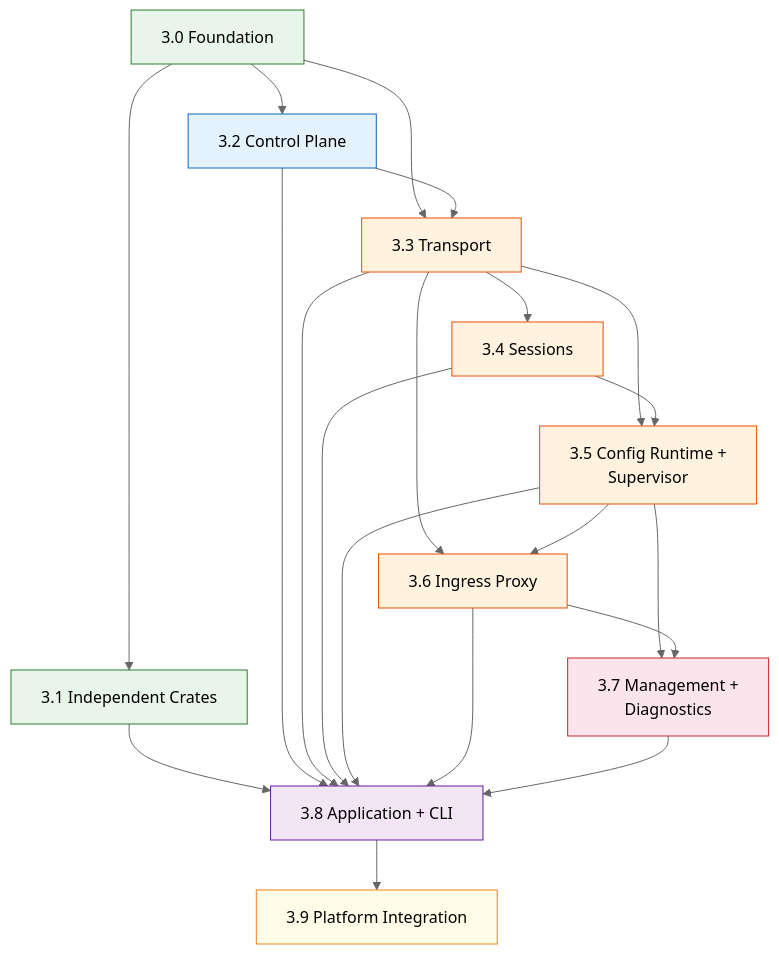
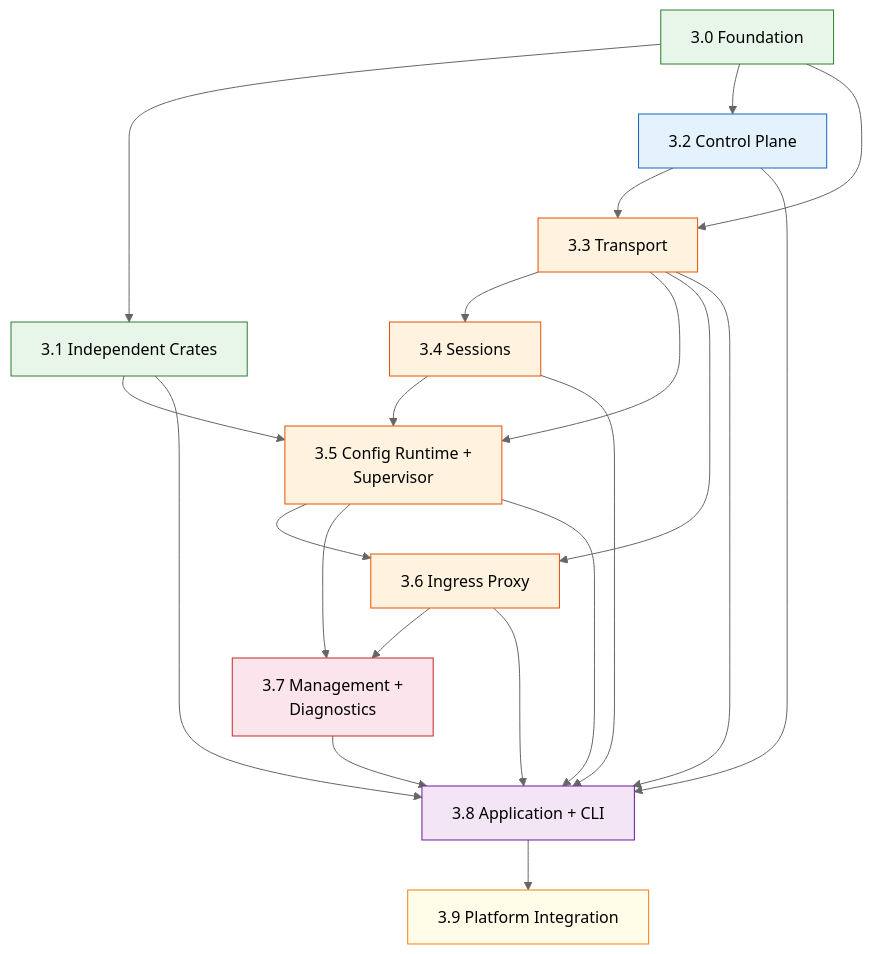
The diagram in docs/01-rr/s2/stages/README.md (Ujang360/cfdrs), drawn with Mermaid (neutral theme) before and after one commit. The commit also changed other lines of this file and 3 other files, not shown here.

````diff
--- a/docs/01-rr/s2/stages/README.md
+++ b/docs/01-rr/s2/stages/README.md
@@ -22,47 +22,48 @@
 ```mermaid
 graph TD
     S30["3.0 Foundation"]
     S31["3.1 Independent Crates"]
     S32["3.2 Control Plane"]
     S33["3.3 Transport"]
     S34["3.4 Sessions"]
     S35["3.5 Config Runtime +<br/>Supervisor"]
     S36["3.6 Ingress Proxy"]
     S37["3.7 Management +<br/>Diagnostics"]
     S38["3.8 Application + CLI"]
     S39["3.9 Platform Integration"]
 
     S30 --> S31
     S30 --> S32
     S30 --> S33
 
     S32 --> S33
     S33 --> S34
     S33 --> S35
     S34 --> S35
     S33 --> S36
     S35 --> S36
     S35 --> S37
     S36 --> S37
 
+    S31 --> S35
     S31 --> S38
     S32 --> S38
     S33 --> S38
     S34 --> S38
     S35 --> S38
     S36 --> S38
     S37 --> S38
 
     S38 --> S39
 
     style S30 fill:#e8f5e9,stroke:#2e7d32
     style S31 fill:#e8f5e9,stroke:#2e7d32
     style S32 fill:#e3f2fd,stroke:#1565c0
     style S33 fill:#fff3e0,stroke:#e65100
     style S34 fill:#fff3e0,stroke:#e65100
     style S35 fill:#fff3e0,stroke:#e65100
     style S36 fill:#fff3e0,stroke:#e65100
     style S37 fill:#fce4ec,stroke:#c62828
     style S38 fill:#f3e5f5,stroke:#6a1b9a
     style S39 fill:#fffde7,stroke:#f57f17
 ```
````
